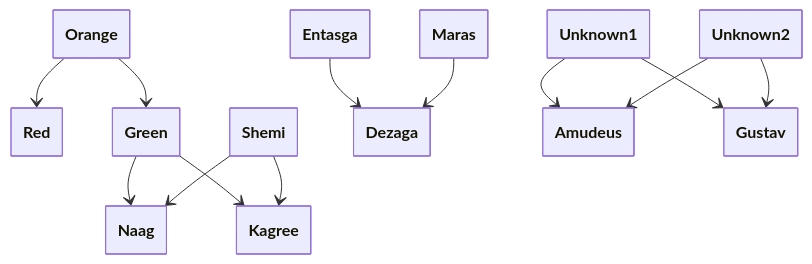
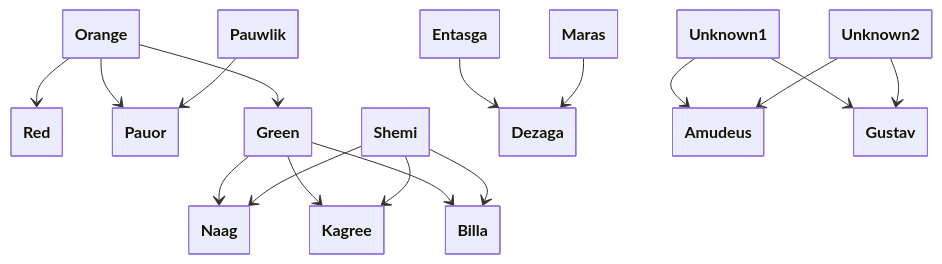
One commit to WuphonsReach/rimworld-notes changed the diagram in plays/SparrowTribe2025/FamilyTrees.md. Above: the diagram before and after it, drawn with Mermaid. The commit also changed 6 other files, not shown here.

````diff
--- a/plays/SparrowTribe2025/FamilyTrees.md
+++ b/plays/SparrowTribe2025/FamilyTrees.md
@@ -5,20 +5,24 @@
 ```mermaid
 ---
   config:
     class:
       hideEmptyMembersBox: true
 ---
 classDiagram
   Orange --> Red
+  Orange --> Pauor
+  Pauwlik --> Pauor
   Orange --> Green
   Green --> Naag
   Green --> Kagree
+  Green --> Billa
   Shemi --> Naag
   Shemi --> Kagree
+  Shemi --> Billa
   Entasga --> Dezaga
   Maras --> Dezaga
   Unknown1 --> Amudeus
   Unknown2 --> Amudeus
   Unknown1 --> Gustav
   Unknown2 --> Gustav
 ```
````
